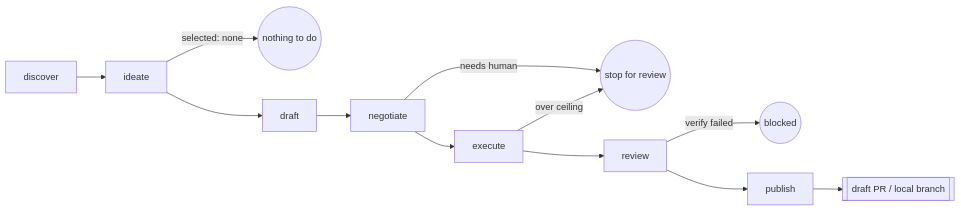
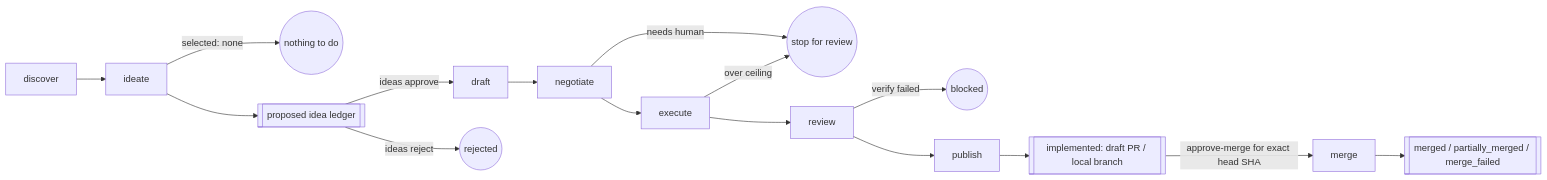
One commit to spacepacket1/e3d-pilot changed the diagram in README.md. Above: the diagram before and after it, drawn with Mermaid. The commit also changed other lines of this file and 3 other files, not shown here.

````diff
--- a/README.md
+++ b/README.md
@@ -30,14 +32,18 @@
 ```mermaid
 flowchart LR
     A[discover] --> B[ideate]
     B -->|selected: none| STOP1((nothing to do))
-    B --> C[draft]
+    B --> I[[proposed idea ledger]]
+    I -->|ideas approve| C[draft]
+    I -->|ideas reject| STOPR((rejected))
     C --> D[negotiate]
     D -->|needs human| STOP2((stop for review))
     D --> E[execute]
     E -->|over ceiling| STOP2
     E --> F[review]
     F -->|verify failed| STOP3((blocked))
     F --> G[publish]
-    G --> H[[draft PR / local branch]]
+    G --> H[[implemented: draft PR / local branch]]
+    H -->|approve-merge for exact head SHA| M[merge]
+    M --> Z[[merged / partially_merged / merge_failed]]
 ```
````
